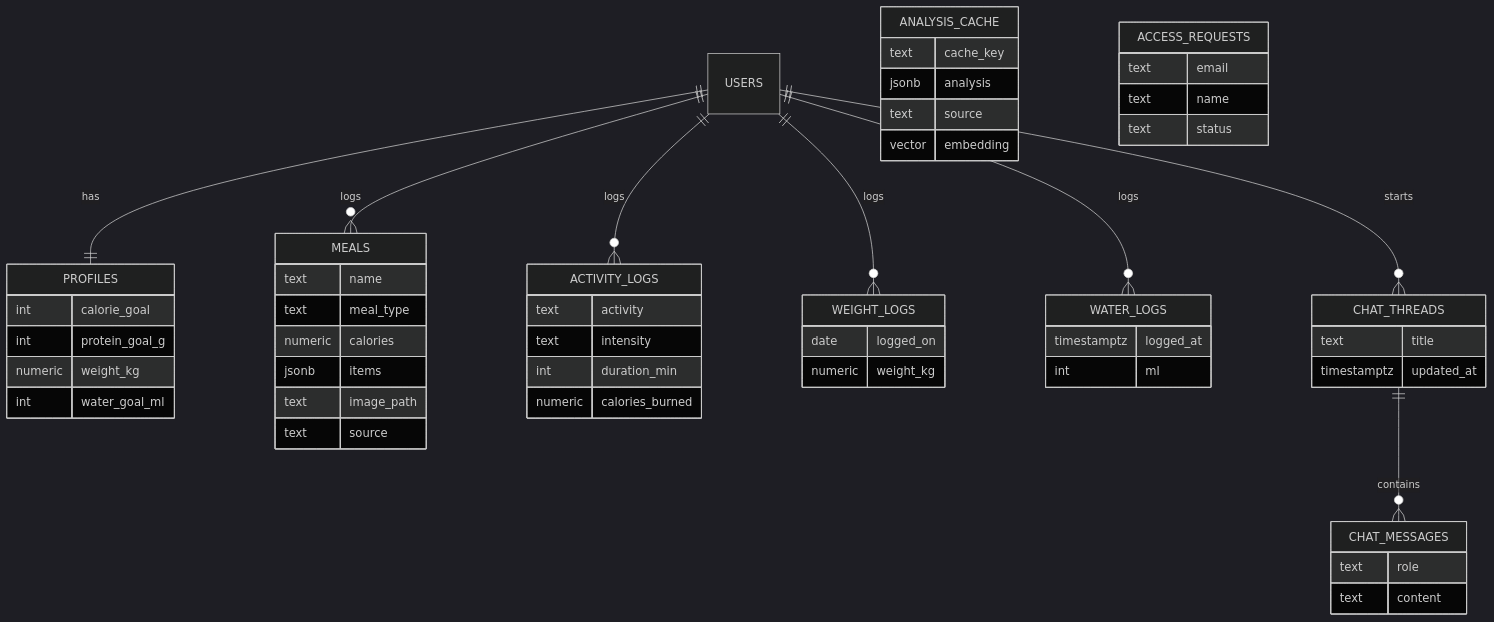
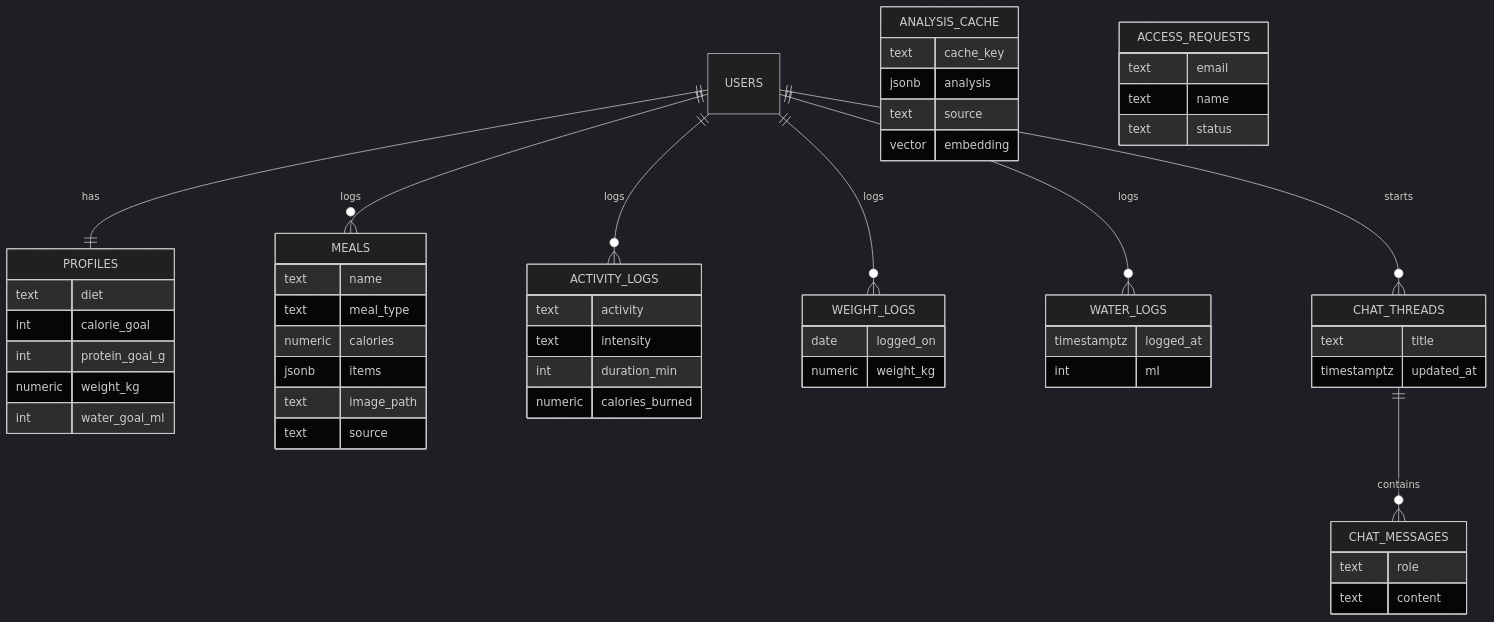
One commit to chinmai-c-r/crazy-rep changed the fifth of 5 diagrams in docs/ARCHITECTURE.md. Above: the diagram before and after it, drawn with Mermaid (dark theme). The commit also changed other lines of this file and 9 other files, not shown here.

````diff
--- a/docs/ARCHITECTURE.md
+++ b/docs/ARCHITECTURE.md
@@ -109,58 +111,59 @@
 ```mermaid
 erDiagram
     USERS ||--|| PROFILES : has
     USERS ||--o{ MEALS : logs
     USERS ||--o{ ACTIVITY_LOGS : logs
     USERS ||--o{ WEIGHT_LOGS : logs
     USERS ||--o{ WATER_LOGS : logs
     USERS ||--o{ CHAT_THREADS : starts
     CHAT_THREADS ||--o{ CHAT_MESSAGES : contains
 
     PROFILES {
+        text diet
         int calorie_goal
         int protein_goal_g
         numeric weight_kg
         int water_goal_ml
     }
     MEALS {
         text name
         text meal_type
         numeric calories
         jsonb items
         text image_path
         text source
     }
     ACTIVITY_LOGS {
         text activity
         text intensity
         int duration_min
         numeric calories_burned
     }
     WEIGHT_LOGS {
         date logged_on
         numeric weight_kg
     }
     WATER_LOGS {
         timestamptz logged_at
         int ml
     }
     CHAT_THREADS {
         text title
         timestamptz updated_at
     }
     CHAT_MESSAGES {
         text role
         text content
     }
     ANALYSIS_CACHE {
         text cache_key
         jsonb analysis
         text source
         vector embedding
     }
     ACCESS_REQUESTS {
         text email
         text name
         text status
     }
 ```
````
